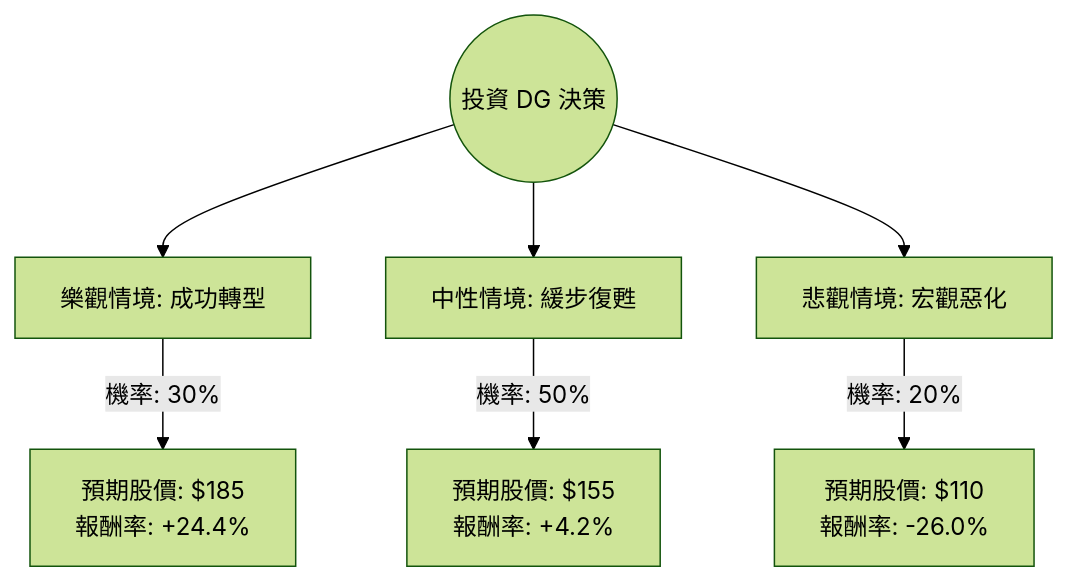
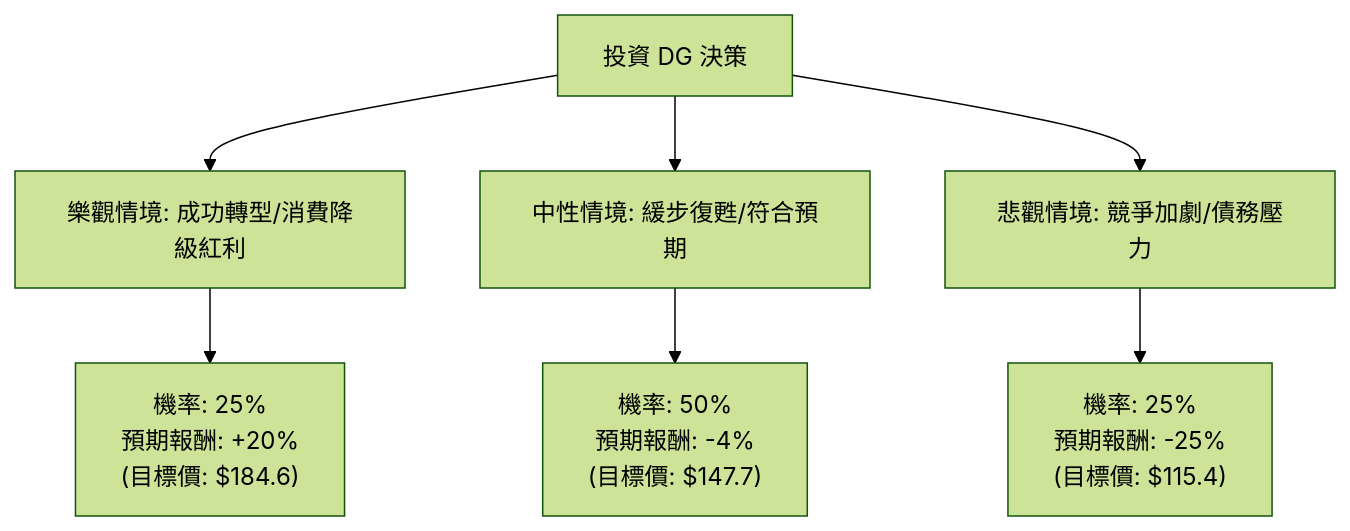
One commit to zmcx16/zmcx16.github.io changed the diagram in plugin-react/ai-analysis/ev-analysis/DG.md. Above: the diagram before and after it, drawn with Mermaid (forest theme). The commit also changed other lines of this file and 79 other files, not shown here.

````diff
--- a/plugin-react/ai-analysis/ev-analysis/DG.md
+++ b/plugin-react/ai-analysis/ev-analysis/DG.md
@@ -19,10 +19,10 @@
 ```mermaid
 graph TD
-    Start((投資 DG 決策)) --> Bull[樂觀情境: 成功轉型]
-    Start --> Base[中性情境: 緩步復甦]
-    Start --> Bear[悲觀情境: 宏觀惡化]
+    Start[投資 DG 決策] --> Bull[樂觀情境: 成功轉型/消費降級紅利]
+    Start --> Base[中性情境: 緩步復甦/符合預期]
+    Start --> Bear[悲觀情境: 競爭加劇/債務壓力]
 
-    Bull -- "機率: 30%" --> BullVal["預期股價: $185 <br/> 報酬率: +24.4%"]
-    Base -- "機率: 50%" --> BaseVal["預期股價: $155 <br/> 報酬率: +4.2%"]
-    Bear -- "機率: 20%" --> BearVal["預期股價: $110 <br/> 報酬率: -26.0%"]
+    Bull --> BullVal["機率: 25% <br/> 預期報酬: +20% <br/> (目標價: $184.6)"]
+    Base --> BaseVal["機率: 50% <br/> 預期報酬: -4% <br/> (目標價: $147.7)"]
+    Bear --> BearVal["機率: 25% <br/> 預期報酬: -25% <br/> (目標價: $115.4)"]
 ```
````
